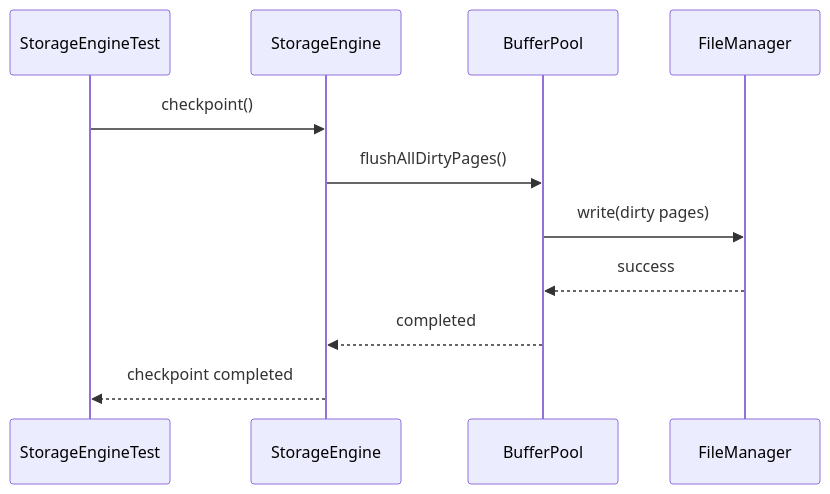
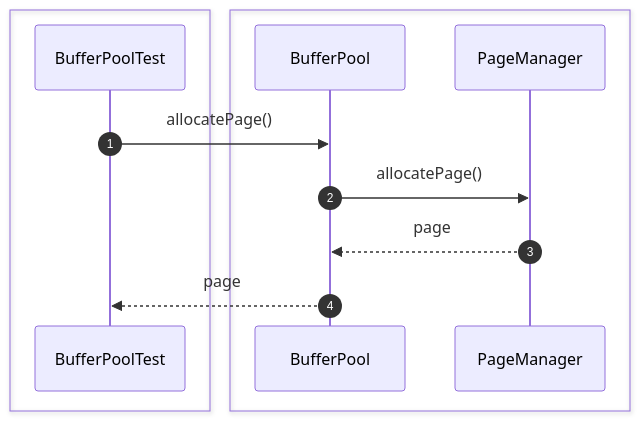
The fourth of 52 diagrams in src/sequence/storage-engine.md (Huy1801214/dbms-architecture), drawn with Mermaid before and after one commit. The commit also changed other lines of this file and 10 other files, not shown here.

Commit message:
add comprehensive sequence diagrams and documentation for system architecture and unit testing specifications

````diff
--- a/src/sequence/storage-engine.md
+++ b/src/sequence/storage-engine.md
@@ -68,19 +57,17 @@
 ```mermaid
 sequenceDiagram
-    participant Test as StorageEngineTest
-    participant Engine as StorageEngine
+    autonumber
+
+    box #e1f5fe Test Suite
+    participant Test as BufferPoolTest
+    end
+    box #e0f2f1 Storage Components
     participant Buffer as BufferPool
-    participant File as FileManager
+    participant PageManager as PageManager
+    end
 
-    Test->>Engine: checkpoint()
-
-    Engine->>Buffer: flushAllDirtyPages()
-
-    Buffer->>File: write(dirty pages)
-
-    File-->>Buffer: success
-
-    Buffer-->>Engine: completed
-
-    Engine-->>Test: checkpoint completed 
+    Test->>Buffer: allocatePage()
+    Buffer->>PageManager: allocatePage()
+    PageManager-->>Buffer: page
+    Buffer-->>Test: page
 ```
````
